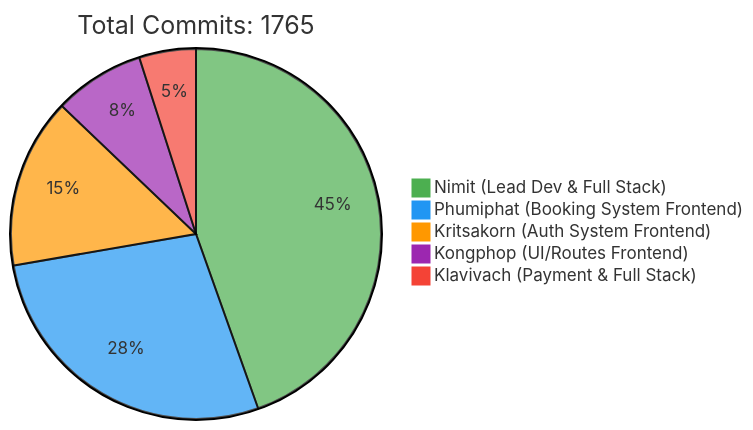
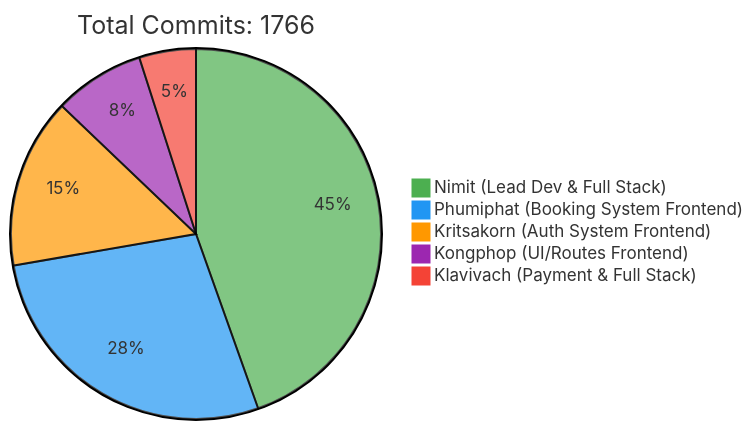
Before and after one commit to 6531503042/Sport-Complex: the first of 2 diagrams in README.md, drawn with Mermaid. The commit also changed other lines of this file, not shown here.

Commit message:
docs: Update contributor statistics [skip ci]

````diff
--- a/README.md
+++ b/README.md
@@ -257,10 +257,10 @@
 ```mermaid
 %%{init: {'theme': 'base', 'themeVariables': { 'pie1': '#4CAF50', 'pie2': '#2196F3', 'pie3': '#FF9800', 'pie4': '#9C27B0', 'pie5': '#F44336'}}}%%
 pie
-    title Total Commits: 1765
+    title Total Commits: 1766
     "Nimit (Lead Dev & Full Stack)" : 450
     "Phumiphat (Booking System Frontend)" : 280
     "Kritsakorn (Auth System Frontend)" : 150
     "Kongphop (UI/Routes Frontend)" : 80
     "Klavivach (Payment & Full Stack)" : 50
 ```
````
